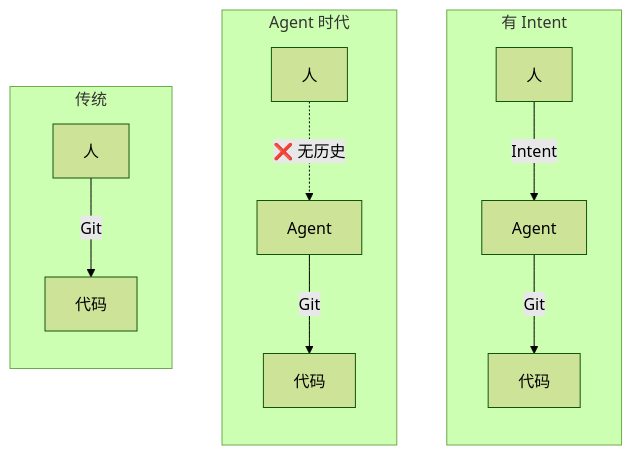
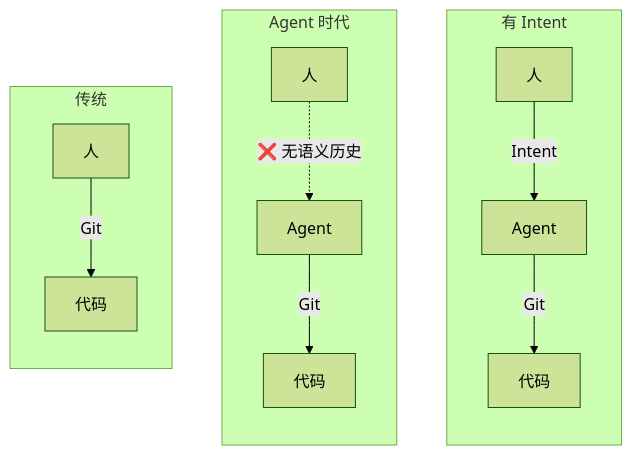
One commit to dozybot001/Intent changed the diagram in README.CN.md. Above: the diagram before and after it, drawn with Mermaid (forest theme). The commit also changed 1 other file, not shown here.

Commit message:
Fix label: no semantic history (not just no history)
Git tracks code history; the gap is specifically about semantic history.

````diff
--- a/README.CN.md
+++ b/README.CN.md
@@ -17,26 +17,26 @@
 ```mermaid
 flowchart LR
   subgraph traditional["传统"]
     direction TB
     H1["人"]
     C1["代码"]
     H1 -->|"Git"| C1
   end
   subgraph agent["Agent 时代"]
     direction TB
     H2["人"]
     AG["Agent"]
     C2["代码"]
-    H2 -."❌ 无历史".-> AG
+    H2 -."❌ 无语义历史".-> AG
     AG -->|"Git"| C2
   end
   subgraph withintent["有 Intent"]
     direction TB
     H3["人"]
     AG2["Agent"]
     C3["代码"]
     H3 -->|"Intent"| AG2
     AG2 -->|"Git"| C3
   end
   traditional ~~~ agent ~~~ withintent
 ```
````
